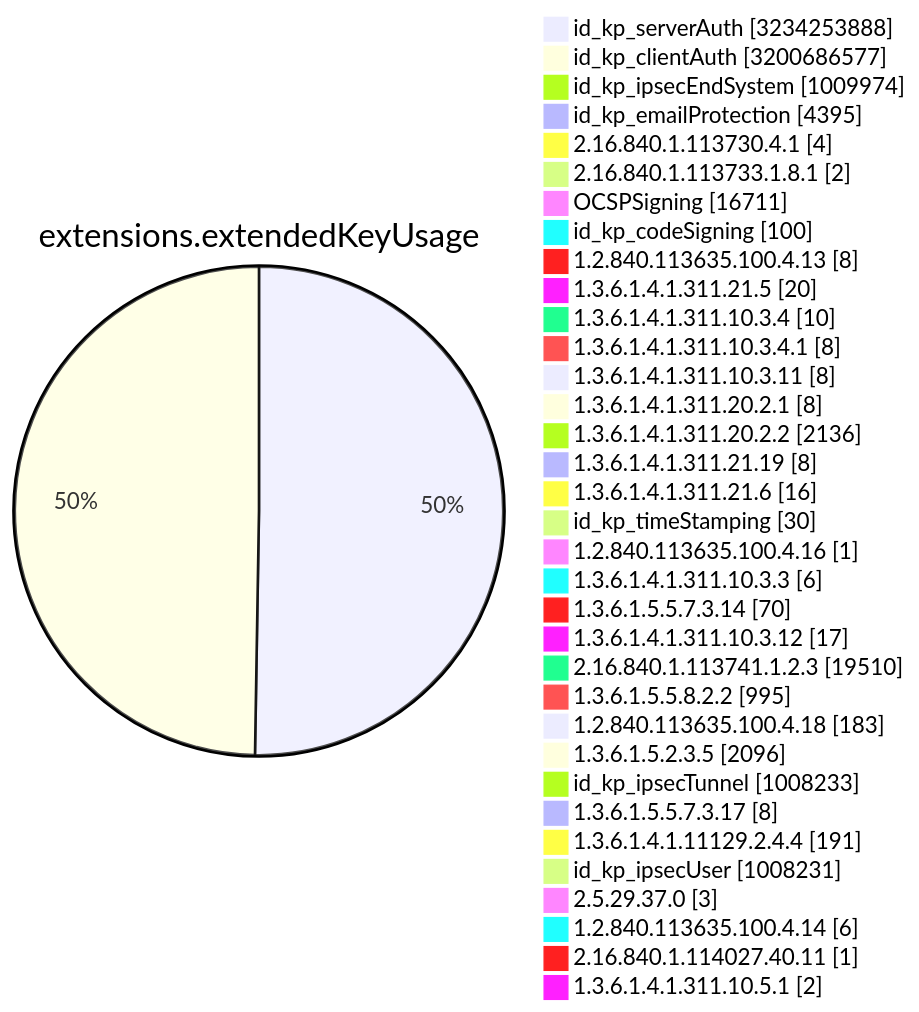
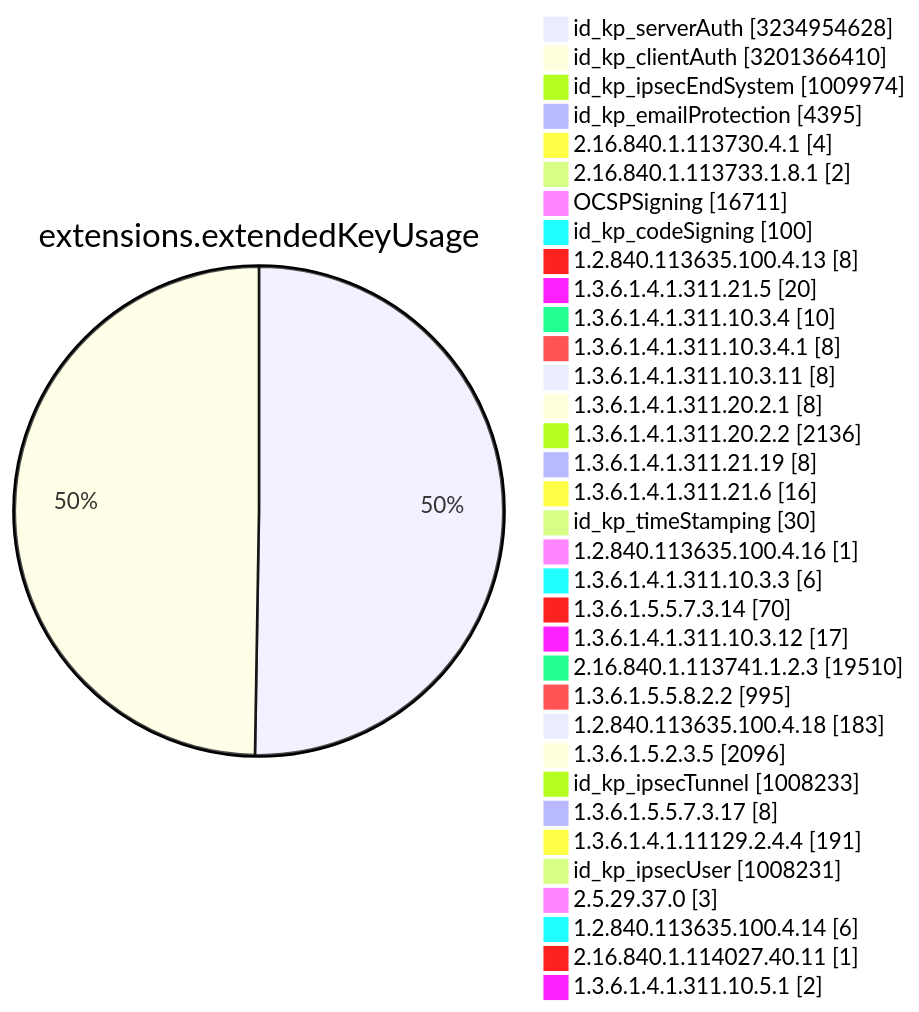
Diagram 11 of 15 in TOTAL/README.md (christiankrug/ctmonitor_visualization), drawn with Mermaid before and after one commit. The commit also changed other lines of this file, not shown here.

````diff
--- a/TOTAL/README.md
+++ b/TOTAL/README.md
@@ -4119,38 +4119,38 @@
 ```mermaid
 pie showData
 title extensions.extendedKeyUsage
-"id_kp_serverAuth" :3234253888
-"id_kp_clientAuth" :3200686577
+"id_kp_serverAuth" :3234954628
+"id_kp_clientAuth" :3201366410
 "id_kp_ipsecEndSystem" :1009974
 "id_kp_emailProtection" :4395
 "2.16.840.1.113730.4.1" :4
 "2.16.840.1.113733.1.8.1" :2
 "OCSPSigning" :16711
 "id_kp_codeSigning" :100
 "1.2.840.113635.100.4.13" :8
 "1.3.6.1.4.1.311.21.5" :20
 "1.3.6.1.4.1.311.10.3.4" :10
 "1.3.6.1.4.1.311.10.3.4.1" :8
 "1.3.6.1.4.1.311.10.3.11" :8
 "1.3.6.1.4.1.311.20.2.1" :8
 "1.3.6.1.4.1.311.20.2.2" :2136
 "1.3.6.1.4.1.311.21.19" :8
 "1.3.6.1.4.1.311.21.6" :16
 "id_kp_timeStamping" :30
 "1.2.840.113635.100.4.16" :1
 "1.3.6.1.4.1.311.10.3.3" :6
 "1.3.6.1.5.5.7.3.14" :70
 "1.3.6.1.4.1.311.10.3.12" :17
 "2.16.840.1.113741.1.2.3" :19510
 "1.3.6.1.5.5.8.2.2" :995
 "1.2.840.113635.100.4.18" :183
 "1.3.6.1.5.2.3.5" :2096
 "id_kp_ipsecTunnel" :1008233
 "1.3.6.1.5.5.7.3.17" :8
 "1.3.6.1.4.1.11129.2.4.4" :191
 "id_kp_ipsecUser" :1008231
 "2.5.29.37.0" :3
 "1.2.840.113635.100.4.14" :6
 "2.16.840.1.114027.40.11" :1
 "1.3.6.1.4.1.311.10.5.1" :2
 ```
````
